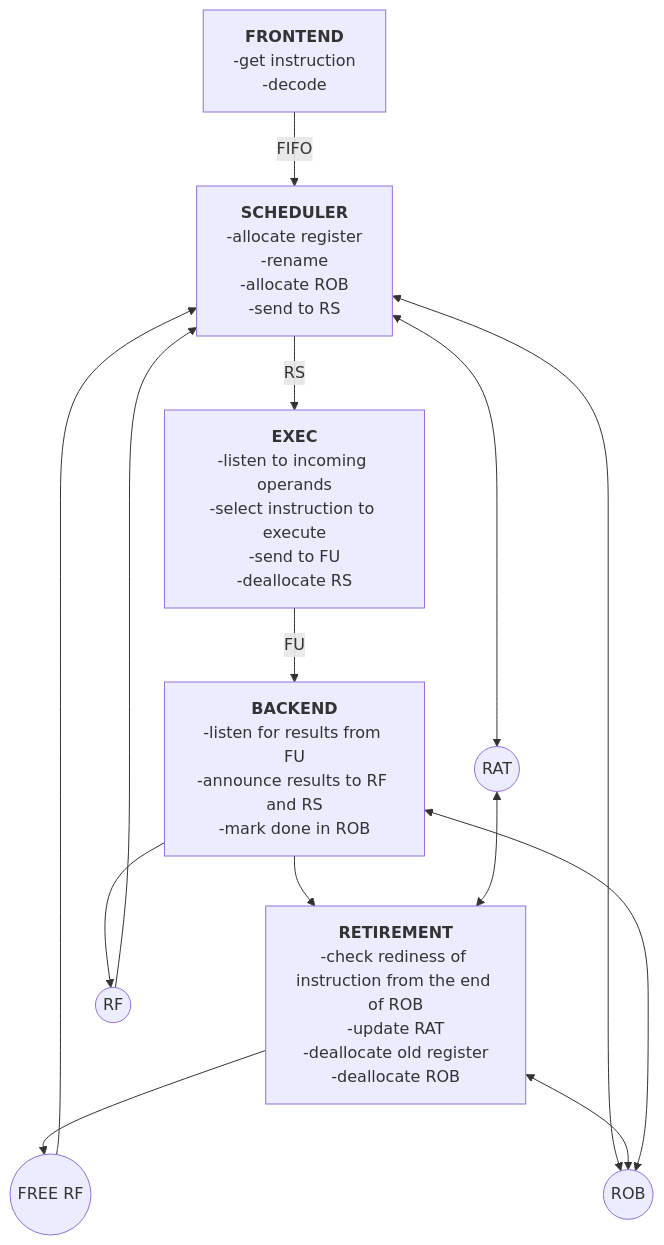
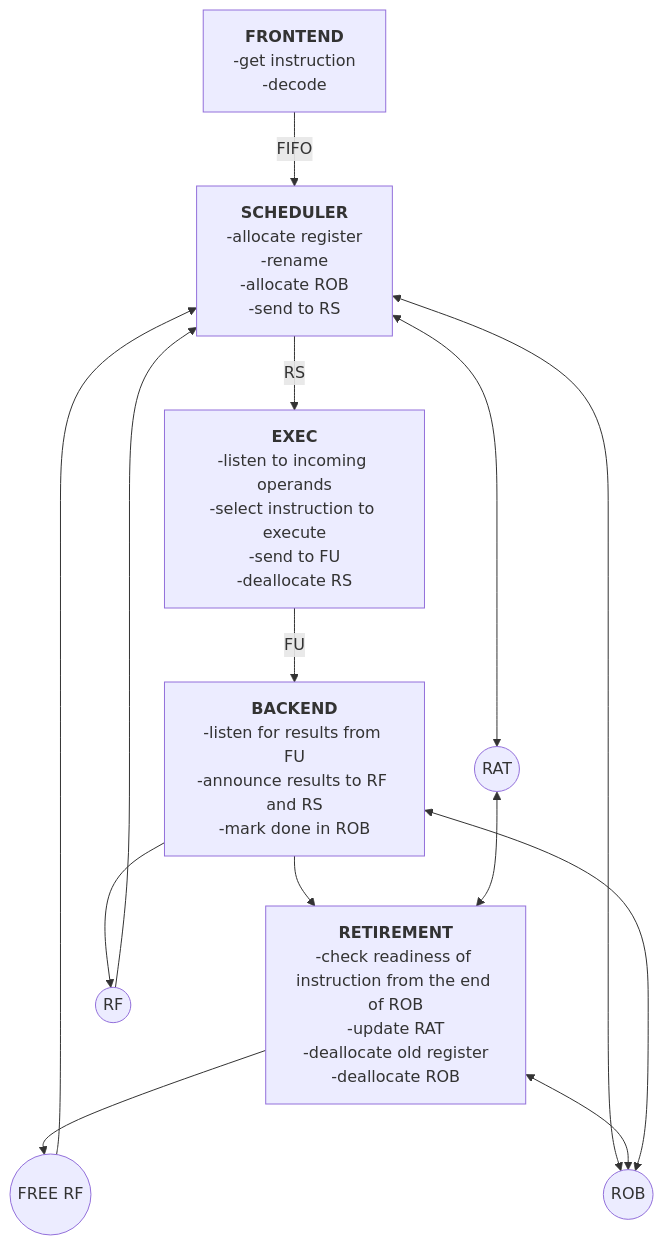
One commit to kuznia-rdzeni/coreblocks changed the diagram in docs/home.md. Above: the diagram before and after it, drawn with Mermaid. The commit also changed 1 other file, not shown here.

Commit message:
Last batch with Gemma3 on whole project

````diff
--- a/docs/home.md
+++ b/docs/home.md
@@ -15,22 +15,22 @@
 ```{mermaid}
 graph
     F[<b>FRONTEND</b><br>-get instruction<br>-decode]
     F -->|FIFO| S
     S[<b>SCHEDULER</b><br>-allocate register<br>-rename<br>-allocate ROB<br>-send to RS]
     S --RS--> E
     E[<b>EXEC</b><br>-listen to incoming operands<br>-select instruction to execute<br>-send to FU<br>-deallocate RS]
     E --FU--> B
     B[<b>BACKEND</b><br>-listen for results from FU<br>-announce results to RF and RS<br>-mark done in ROB]
     B --> R
-    R[<b>RETIREMENT</b><br>-check rediness of instruction from the end of ROB<br>-update RAT<br>-deallocate old register<br>-deallocate ROB]
+    R[<b>RETIREMENT</b><br>-check readiness of instruction from the end of ROB<br>-update RAT<br>-deallocate old register<br>-deallocate ROB]
 
     ROB((ROB))
     RF((RF))
     FREE_RF((FREE RF))
     RAT((RAT))
 
     R --> FREE_RF --> S
     S & R & B <--> ROB
     B --> RF --> S
     S <--> RAT <--> R
 ```
````
